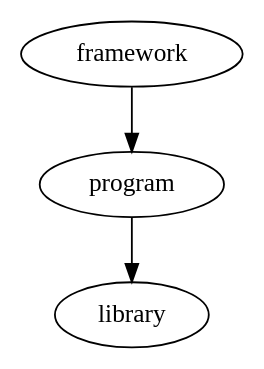
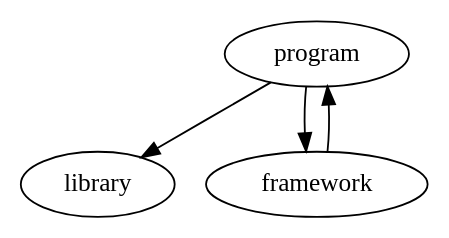
Before and after one commit to euribates/curso-django: the diagram in framework.dot, drawn with Graphviz. The commit also changed 4 other files, not shown here.

```diff
--- a/framework.dot
+++ b/framework.dot
@@ -1,5 +1,6 @@
 Digraph G {
     program -> library;
 
+    program -> framework;
     framework -> program;
     }
```
